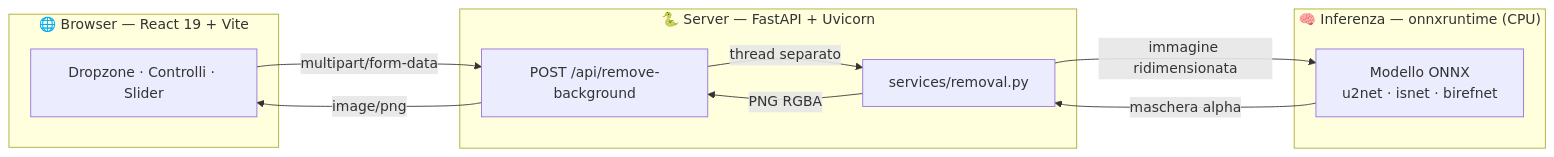
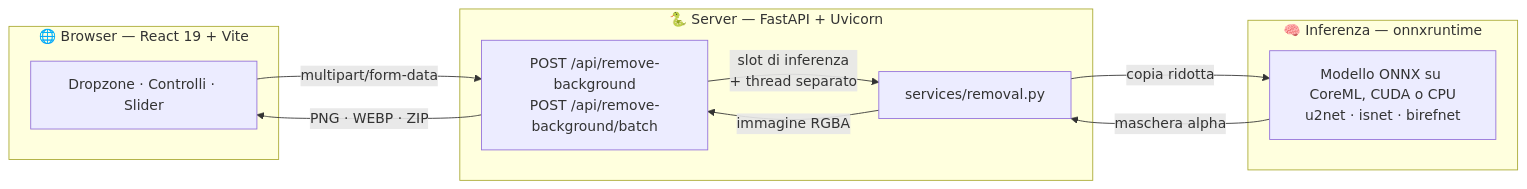
One commit to simonesilvani/photo-remove-background changed the first of 3 diagrams in README.md. Above: the diagram before and after it, drawn with Mermaid. The commit also changed other lines of this file and 8 other files, not shown here.

Commit message:
feat(batch): show per-image progress and build the ZIP in the browser

````diff
--- a/README.md
+++ b/README.md
@@ -43,22 +43,22 @@
 ```mermaid
 flowchart LR
     subgraph Browser["🌐 Browser — React 19 + Vite"]
         UI["Dropzone · Controlli · Slider"]
     end
 
     subgraph Server["🐍 Server — FastAPI + Uvicorn"]
-        API["POST /api/remove-background"]
+        API["POST /api/remove-background<br/>POST /api/remove-background/batch"]
         SVC["services/removal.py"]
     end
 
-    subgraph Engine["🧠 Inferenza — onnxruntime (CPU)"]
-        MODEL["Modello ONNX<br/>u2net · isnet · birefnet"]
+    subgraph Engine["🧠 Inferenza — onnxruntime"]
+        MODEL["Modello ONNX su CoreML, CUDA o CPU<br/>u2net · isnet · birefnet"]
     end
 
     UI -- "multipart/form-data" --> API
-    API -- "thread separato" --> SVC
-    SVC -- "immagine ridimensionata" --> MODEL
+    API -- "slot di inferenza<br/>+ thread separato" --> SVC
+    SVC -- "copia ridotta" --> MODEL
     MODEL -- "maschera alpha" --> SVC
-    SVC -- "PNG RGBA" --> API
-    API -- "image/png" --> UI
+    SVC -- "immagine RGBA" --> API
+    API -- "PNG · WEBP · ZIP" --> UI
 ```
````
